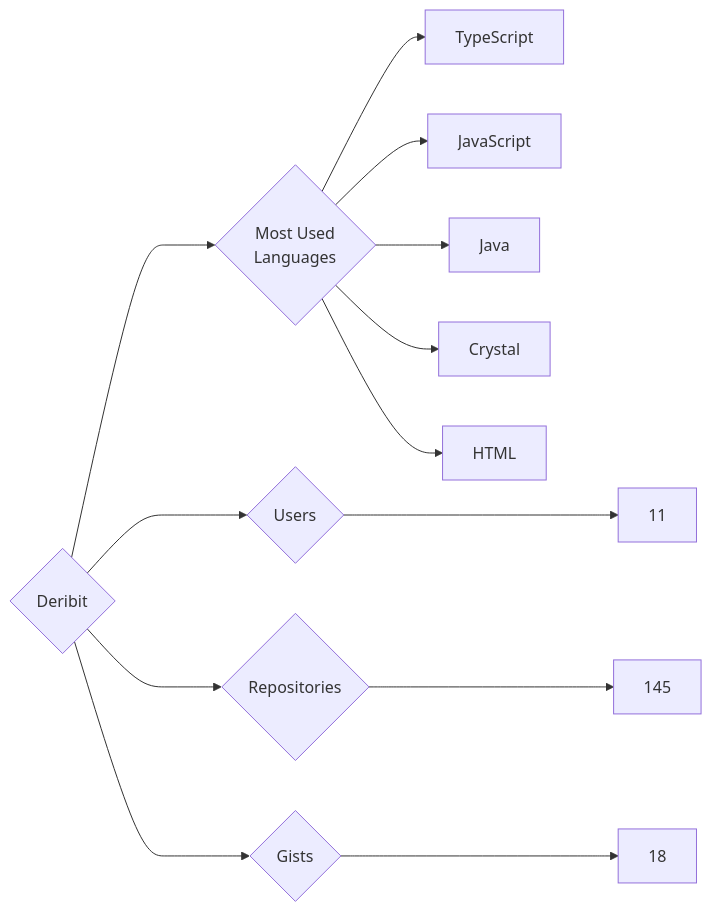
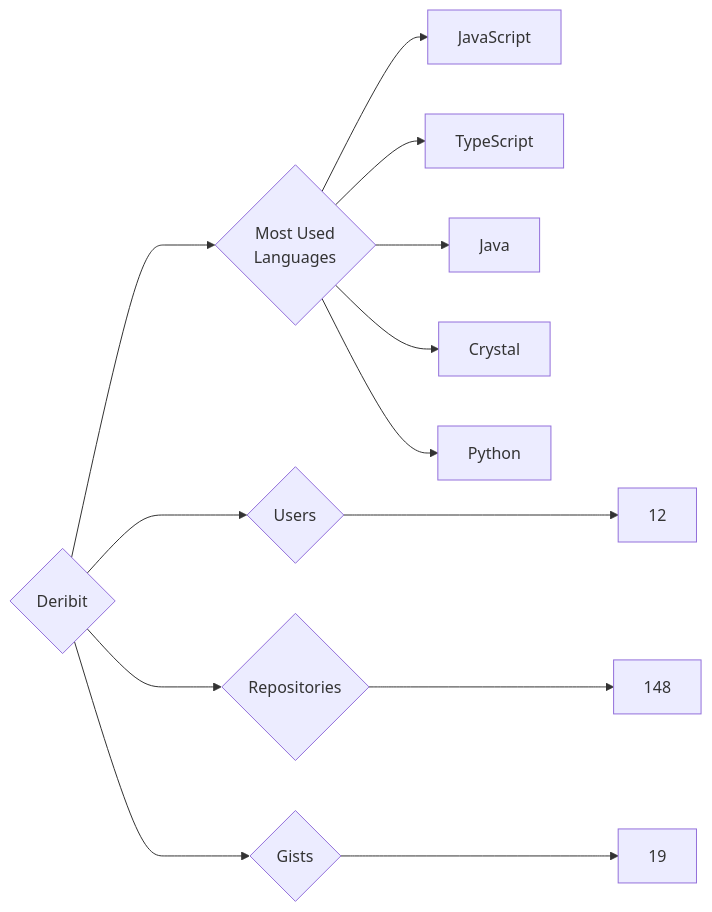
One commit to trickest/insiders changed the diagram in targets/Deribit/README.md. Above: the diagram before and after it, drawn with Mermaid. The commit also changed 1238 other files, not shown here.

````diff
--- a/targets/Deribit/README.md
+++ b/targets/Deribit/README.md
@@ -3,13 +3,13 @@
 ```mermaid
 graph LR
 COMPANY_NAME{Deribit}
-COMPANY_NAME ---> U{Users} ---> UN[11]
-COMPANY_NAME ---> R{Repositories} ---> RN[145]
-COMPANY_NAME ---> G{Gists} ---> GN[18]
+COMPANY_NAME ---> U{Users} ---> UN[12]
+COMPANY_NAME ---> R{Repositories} ---> RN[148]
+COMPANY_NAME ---> G{Gists} ---> GN[19]
 COMPANY_NAME ---> ML{Most Used<br>Languages}
+ML --> JavaScript[JavaScript]
 ML --> TypeScript[TypeScript]
-ML --> JavaScript[JavaScript]
 ML --> Java[Java]
 ML --> Crystal[Crystal]
-ML --> HTML[HTML]
+ML --> Python[Python]
 ```
````
